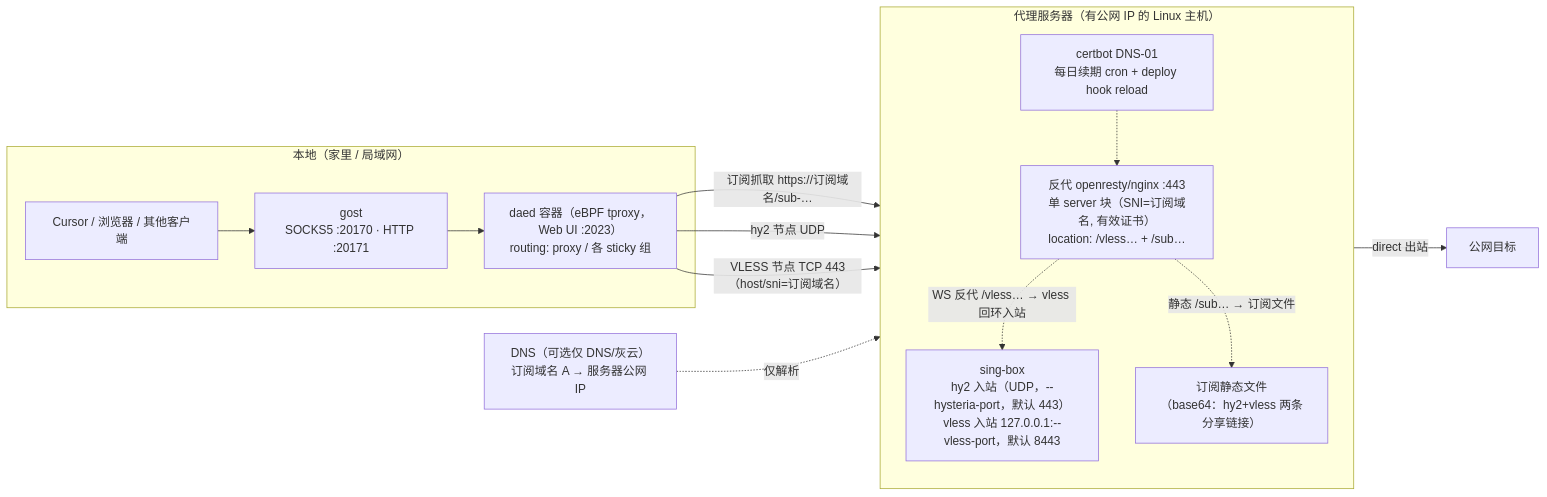
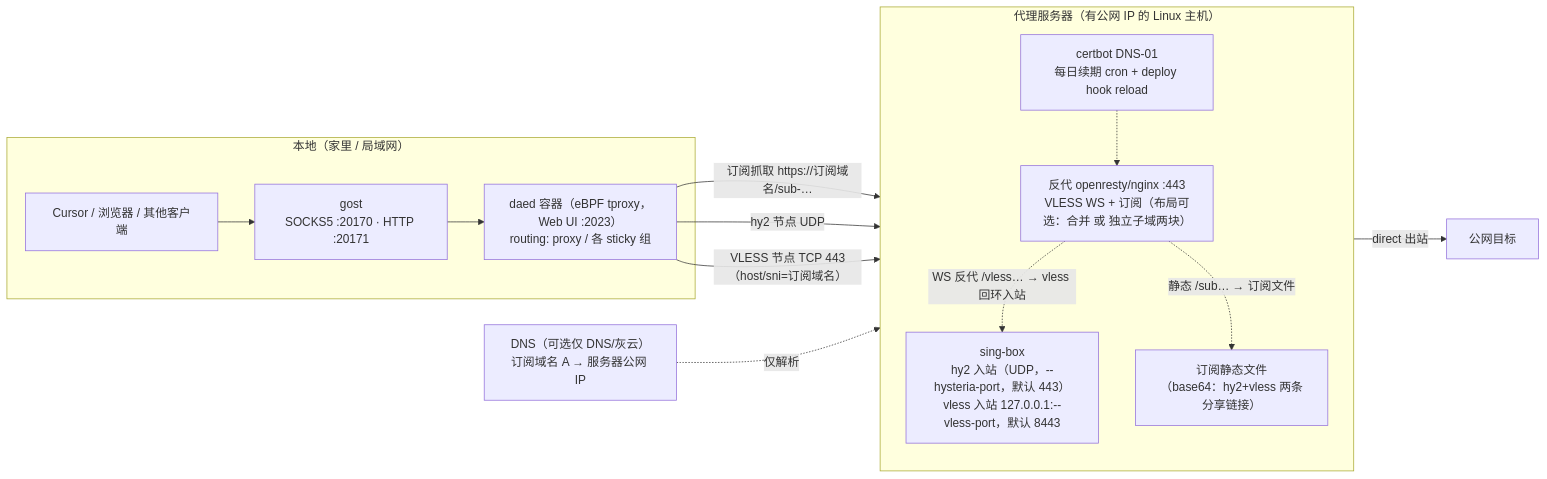
One commit to royenheart/MaintainAll changed the diagram in deploy/proxy/README.md. Above: the diagram before and after it, drawn with Mermaid. The commit also changed other lines of this file and 4 other files, not shown here.

````diff
--- a/deploy/proxy/README.md
+++ b/deploy/proxy/README.md
@@ -17,27 +17,27 @@
 ```mermaid
 flowchart LR
     subgraph CLIENT["本地（家里 / 局域网）"]
         APP["Cursor / 浏览器 / 其他客户端"]
         GOST["gost<br/>SOCKS5 :20170 · HTTP :20171"]
         DAED["daed 容器（eBPF tproxy，Web UI :2023）<br/>routing: proxy / 各 sticky 组"]
         APP --> GOST --> DAED
     end
 
     subgraph SRV["代理服务器（有公网 IP 的 Linux 主机）"]
         direction TB
-        OR["反代 openresty/nginx :443<br/>单 server 块（SNI=订阅域名, 有效证书）<br/>location: /vless… + /sub…"]
+        OR["反代 openresty/nginx :443<br/>VLESS WS + 订阅（布局可选：合并 或 独立子域两块）"]
         SBOX["sing-box<br/>hy2 入站（UDP，--hysteria-port，默认 443）<br/>vless 入站 127.0.0.1:--vless-port，默认 8443"]
         SUBFILE["订阅静态文件<br/>（base64：hy2+vless 两条分享链接）"]
         CERT["certbot DNS-01<br/>每日续期 cron + deploy hook reload"]
         OR -. "WS 反代 /vless… → vless 回环入站" .-> SBOX
         OR -. "静态 /sub… → 订阅文件" .-> SUBFILE
         CERT -.-> OR
     end
 
     DNSX["DNS（可选仅 DNS/灰云）<br/>订阅域名 A → 服务器公网 IP"] -. "仅解析" .-> SRV
 
     DAED -->|"订阅抓取 https://订阅域名/sub-…"| OR
     DAED -->|"hy2 节点 UDP"| SBOX
     DAED -->|"VLESS 节点 TCP 443（host/sni=订阅域名）"| OR
     SBOX -->|"direct 出站"| NET["公网目标"]
 ```
````
